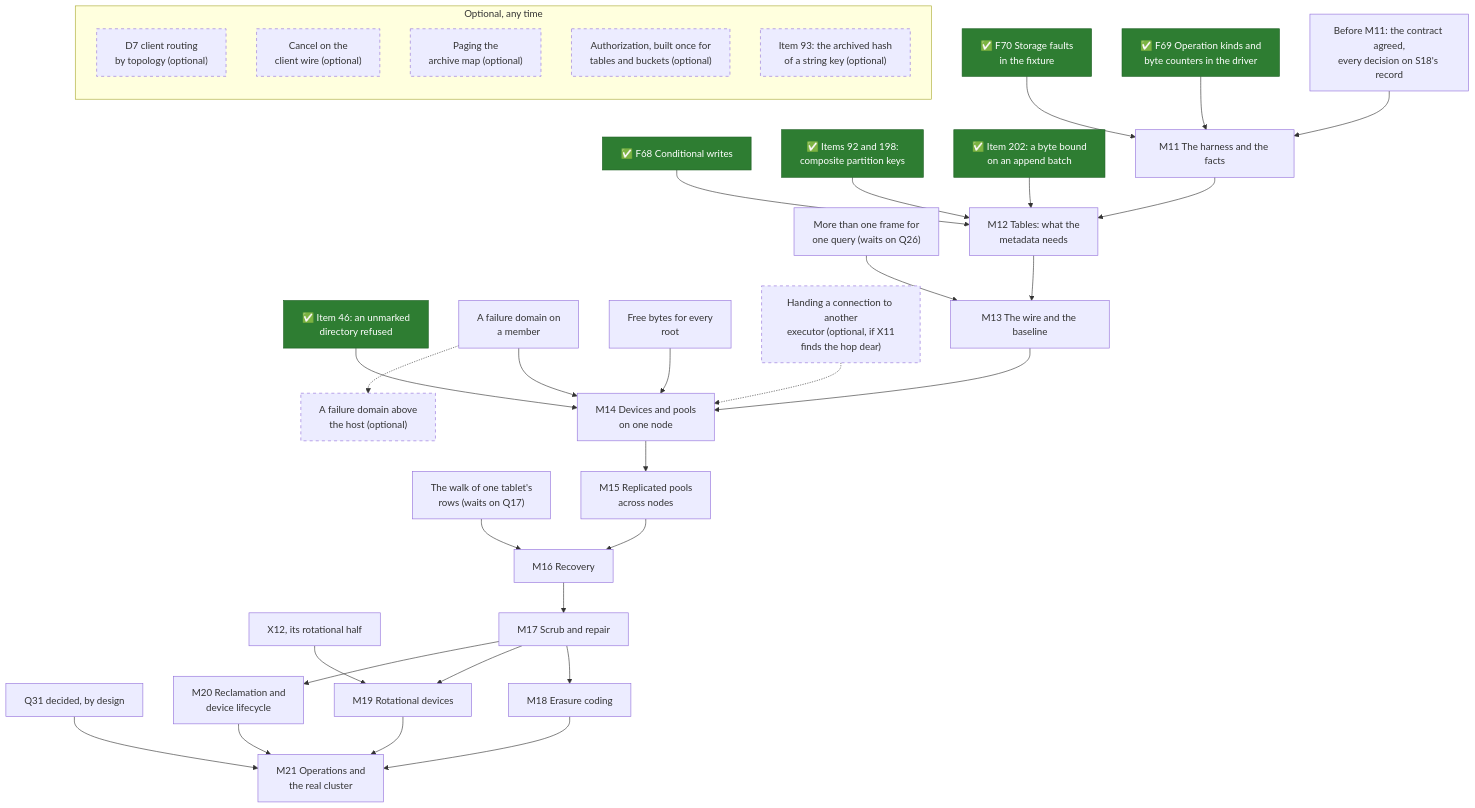
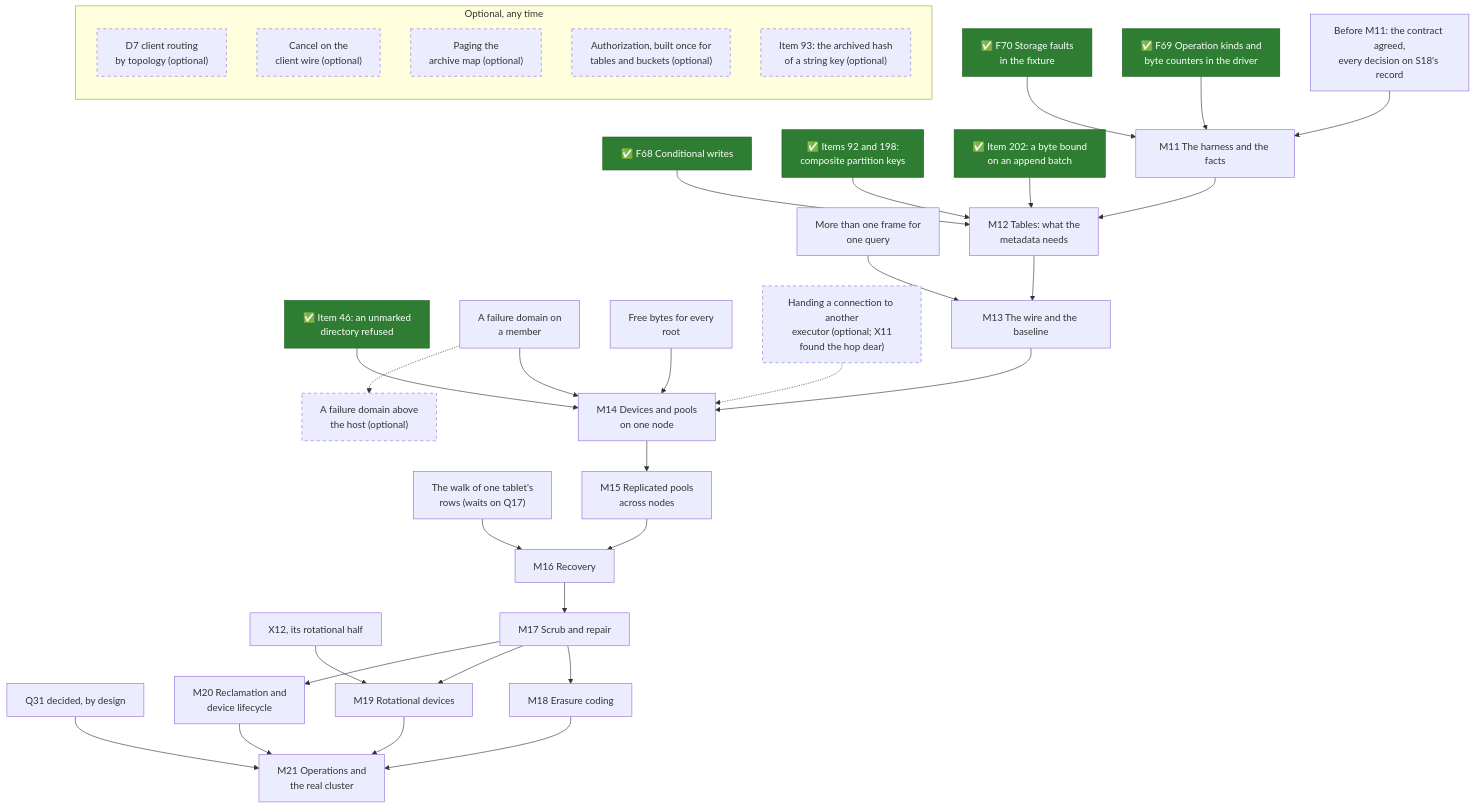
Before and after one commit to mjcarson/shoal: the second of 2 diagrams in docs/src/object-storage/whats-left-todo.md, drawn with Mermaid. The commit also changed other lines of this file and 73 other files, not shown here.

````diff
--- a/docs/src/object-storage/whats-left-todo.md
+++ b/docs/src/object-storage/whats-left-todo.md
@@ -103,57 +104,57 @@
 ```mermaid
 flowchart TB
     classDef done fill:#2e7d32,stroke:#1b5e20,color:#ffffff
     classDef optional stroke-dasharray: 5 5
     Gate["Before M11: the contract agreed,<br>every decision on S18's record"]
     F69["✅ F69 Operation kinds and<br>byte counters in the driver"]:::done
     F70["✅ F70 Storage faults<br>in the fixture"]:::done
     F68["✅ F68 Conditional writes"]:::done
     I198["✅ Items 92 and 198:<br>composite partition keys"]:::done
     I202["✅ Item 202: a byte bound<br>on an append batch"]:::done
     I46["✅ Item 46: an unmarked<br>directory refused"]:::done
-    Frames["More than one frame for<br>one query (waits on Q26)"]
+    Frames["More than one frame for<br>one query"]
     Domain["A failure domain on<br>a member"]
     Free["Free bytes for every<br>root"]
     Walk["The walk of one tablet's<br>rows (waits on Q17)"]
-    Handoff["Handing a connection to another<br>executor (optional, if X11<br>finds the hop dear)"]:::optional
+    Handoff["Handing a connection to another<br>executor (optional; X11<br>found the hop dear)"]:::optional
     Rack["A failure domain above<br>the host (optional)"]:::optional
     X12r["X12, its rotational half"]
     Q31["Q31 decided, by design"]
     M11["M11 The harness and the facts"]
     M12["M12 Tables: what the<br>metadata needs"]
     M13["M13 The wire and the baseline"]
     M14["M14 Devices and pools<br>on one node"]
     M15["M15 Replicated pools<br>across nodes"]
     M16["M16 Recovery"]
     M17["M17 Scrub and repair"]
     M18["M18 Erasure coding"]
     M19["M19 Rotational devices"]
     M20["M20 Reclamation and<br>device lifecycle"]
     M21["M21 Operations and<br>the real cluster"]
     Gate --> M11 --> M12 --> M13 --> M14 --> M15 --> M16 --> M17
     M17 --> M18 --> M21
     M17 --> M19 --> M21
     M17 --> M20 --> M21
     F69 --> M11
     F70 --> M11
     F68 --> M12
     I198 --> M12
     I202 --> M12
     Frames --> M13
     I46 --> M14
     Domain --> M14
     Free --> M14
     Handoff -.-> M14
     Domain -.-> Rack
     Walk --> M16
     X12r --> M19
     Q31 --> M21
     subgraph anytime["Optional, any time"]
         direction TB
         D7["D7 client routing<br>by topology (optional)"]:::optional
         Cancel["Cancel on the<br>client wire (optional)"]:::optional
         Paging["Paging the<br>archive map (optional)"]:::optional
         Authz["Authorization, built once for<br>tables and buckets (optional)"]:::optional
         I93["Item 93: the archived hash<br>of a string key (optional)"]:::optional
     end
 ```
````
